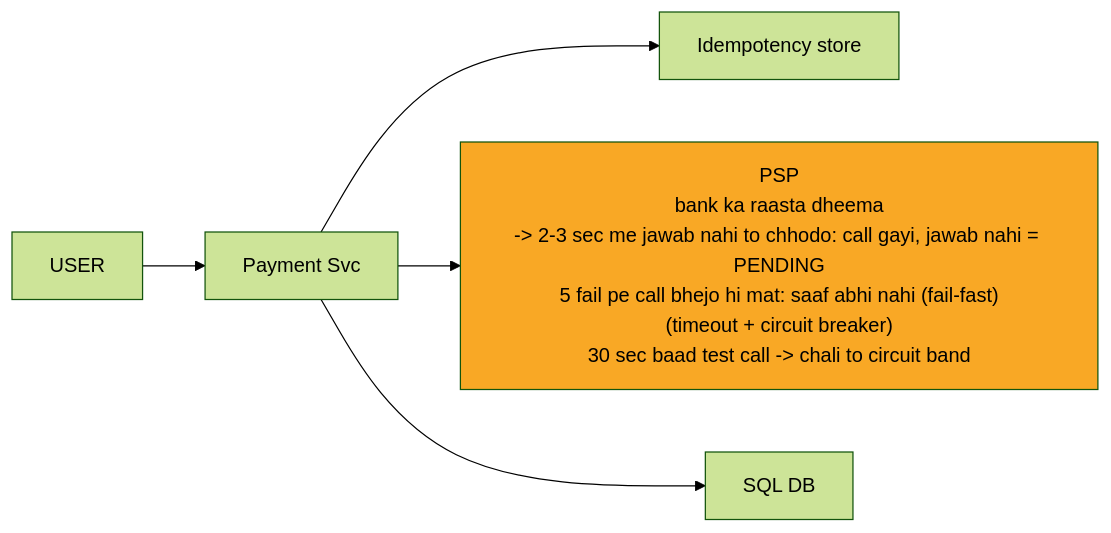
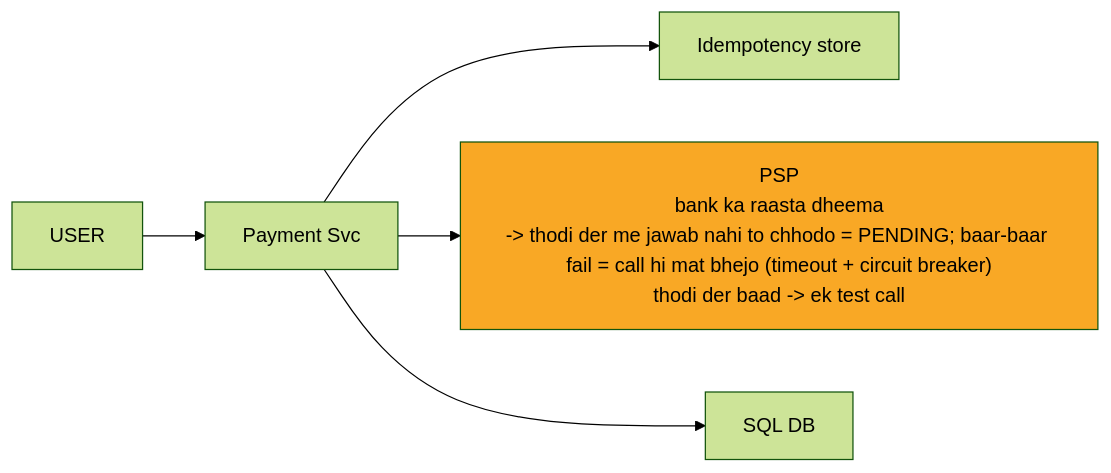
Before and after one commit to ArpanMaheshwari144/Prep: the diagram in 04_HLD/SYSTEM_DESIGNS/06_payment_system/img/c4.mmd, drawn with Mermaid (forest theme). The commit also changed 42 other files, not shown here.

```diff
--- a/04_HLD/SYSTEM_DESIGNS/06_payment_system/img/c4.mmd
+++ b/04_HLD/SYSTEM_DESIGNS/06_payment_system/img/c4.mmd
@@ -1,12 +1,12 @@
 %%{init: {"flowchart": {"wrappingWidth": 450}}}%%
 flowchart LR
     n_USER["USER"]
     n_Payment_Svc["Payment Svc"]
     n_Idempotency_store["Idempotency store"]
-    n_PSP["PSP<br/>bank ka raasta dheema<br/>-> 2-3 sec me jawab nahi to chhodo: call gayi, jawab nahi = PENDING<br/>5 fail pe call bhejo hi mat: saaf abhi nahi (fail-fast)<br/>(timeout + circuit breaker)<br/>30 sec baad test call -> chali to circuit band"]
+    n_PSP["PSP<br/>bank ka raasta dheema<br/>-> thodi der me jawab nahi to chhodo = PENDING; baar-baar fail = call hi mat bhejo (timeout + circuit breaker)<br/>thodi der baad -> ek test call"]
     n_DB["SQL DB"]
     n_USER --> n_Payment_Svc
     n_Payment_Svc --> n_Idempotency_store
     n_Payment_Svc --> n_PSP
     n_Payment_Svc --> n_DB
     style n_PSP fill:#f9a825,color:#000
```
